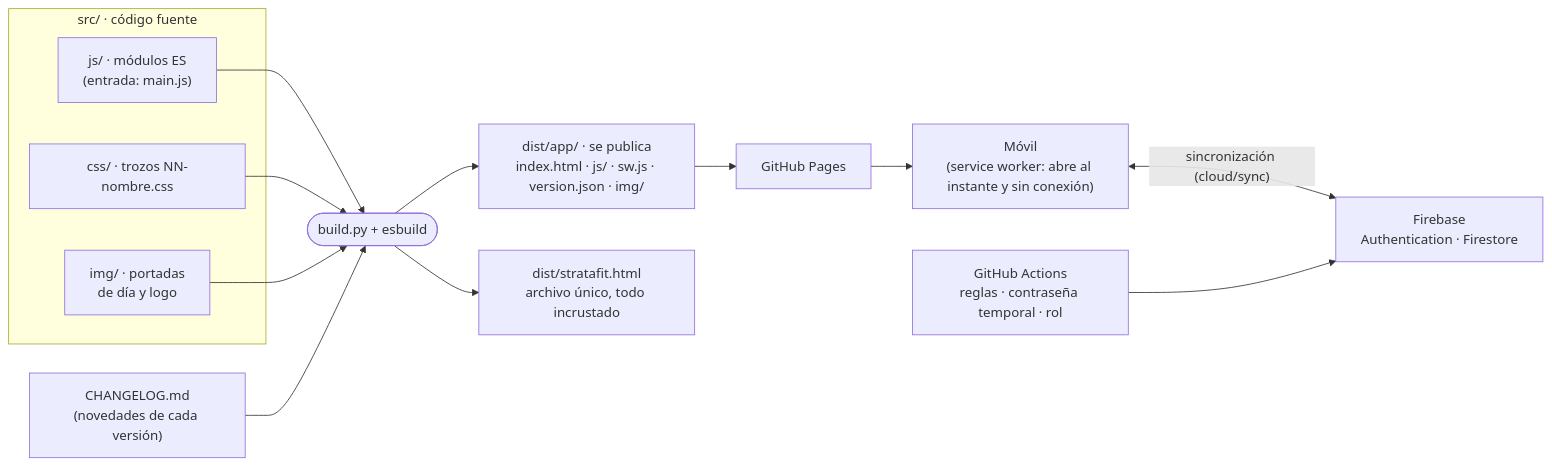
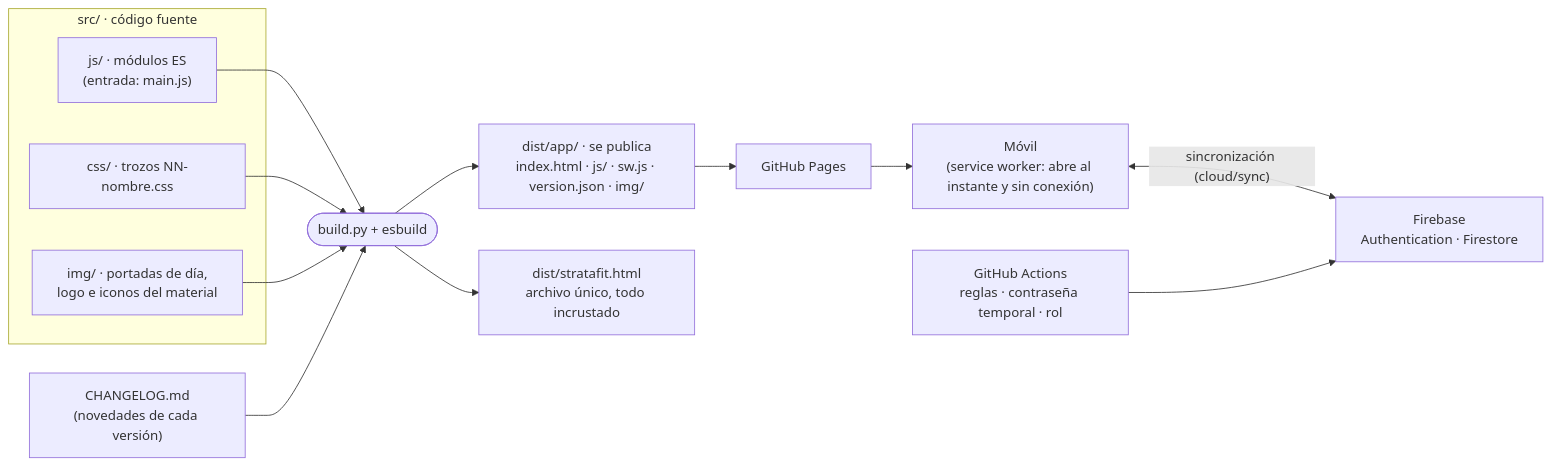
The diagram in docs/tecnica/README.md (victorroma01/Fitflow), drawn with Mermaid before and after one commit. The commit also changed other lines of this file and 109 other files, not shown here.

````diff
--- a/docs/tecnica/README.md
+++ b/docs/tecnica/README.md
@@ -34,20 +34,20 @@
 ```mermaid
 flowchart LR
   subgraph fuente["src/ · código fuente"]
     JS["js/ · módulos ES<br/>(entrada: main.js)"]
     CSS["css/ · trozos NN-nombre.css"]
-    IMG["img/ · portadas<br/>de día y logo"]
+    IMG["img/ · portadas de día,<br/>logo e iconos del material"]
   end
   CL["CHANGELOG.md<br/>(novedades de cada versión)"]
   B(["build.py + esbuild"])
   JS --> B
   CSS --> B
   IMG --> B
   CL --> B
   B --> APP["dist/app/ · se publica<br/>index.html · js/ · sw.js · version.json · img/"]
   B --> ONE["dist/stratafit.html<br/>archivo único, todo incrustado"]
   APP --> PAGES["GitHub Pages"]
   PAGES --> PHONE["Móvil<br/>(service worker: abre al instante y sin conexión)"]
   PHONE <-->|"sincronización (cloud/sync)"| FB["Firebase<br/>Authentication · Firestore"]
   GHA["GitHub Actions<br/>reglas · contraseña temporal · rol"] --> FB
 ```
````
